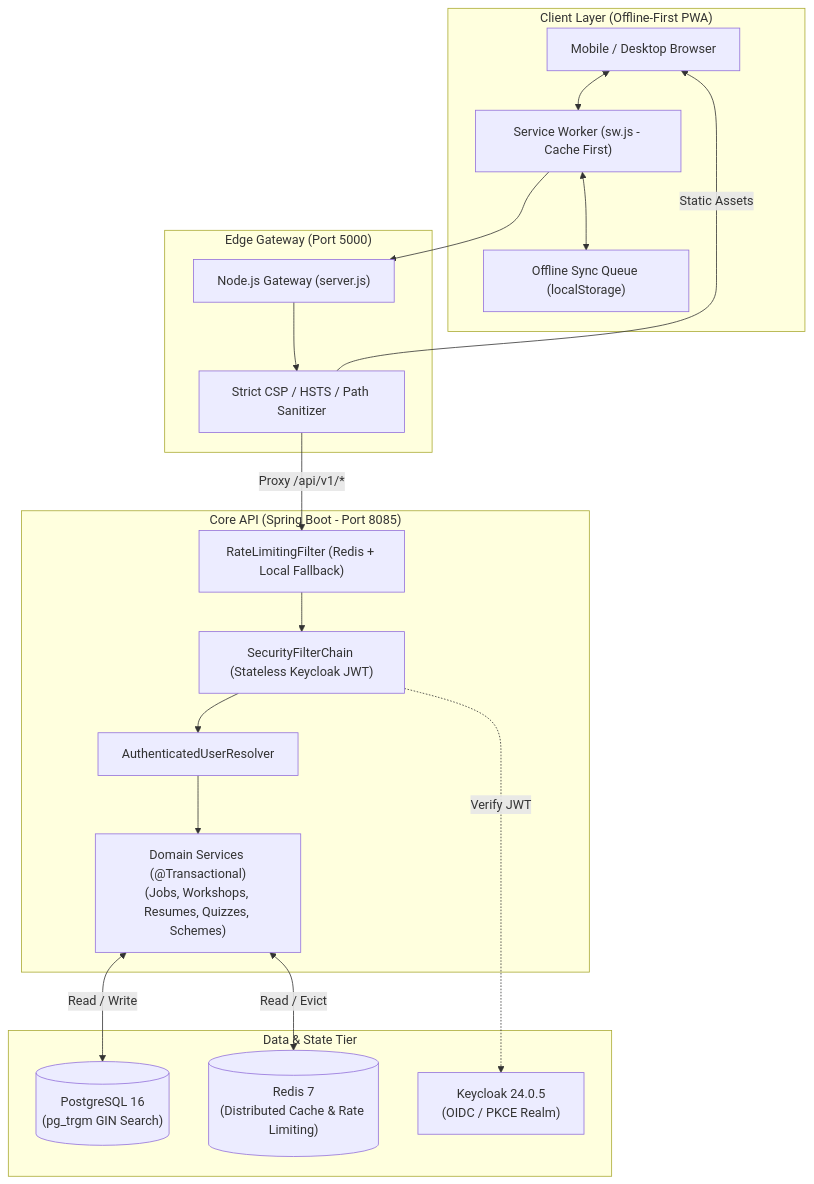
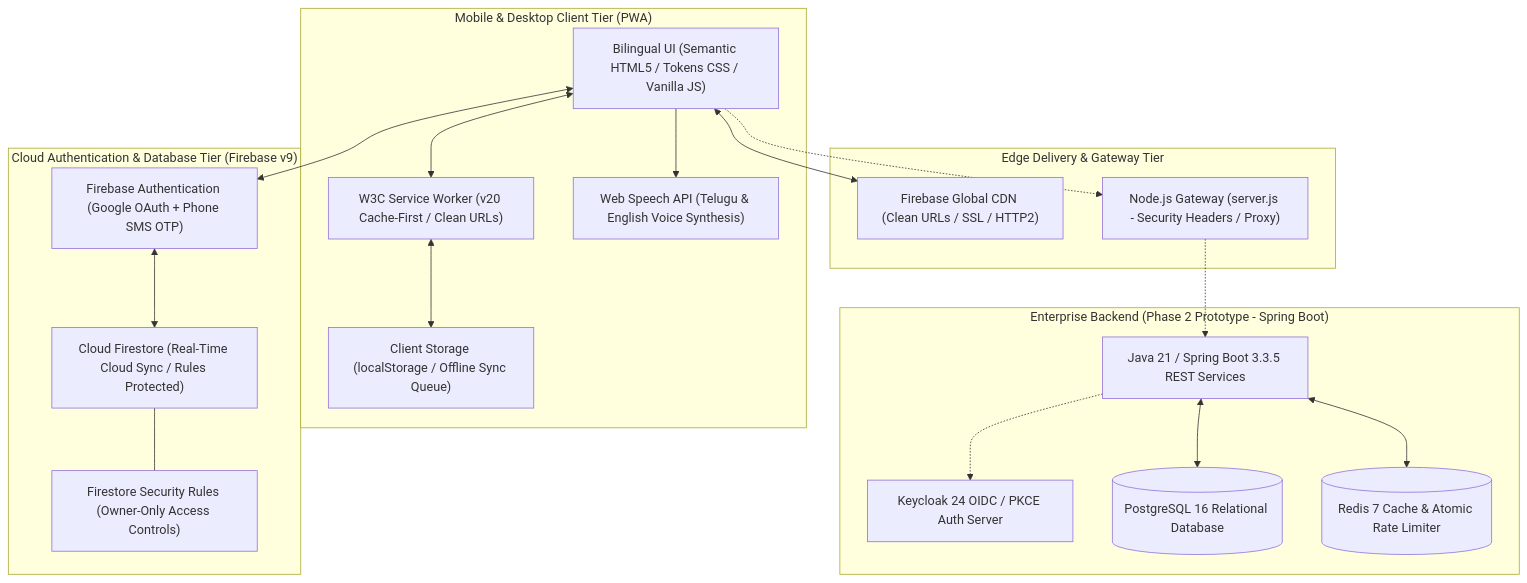
One commit to yogeshkamisetty/Gramin_Career_Setu changed the diagram in README.md. Above: the diagram before and after it, drawn with Mermaid. The commit also changed other lines of this file and 49 other files, not shown here.

Commit message:
feat: mobile profile & dashboard access, career categories & engineering roadmaps, professional README

````diff
--- a/README.md
+++ b/README.md
@@ -36,40 +32,40 @@
 ```mermaid
 flowchart TD
-    subgraph Client["Client Layer (Offline-First PWA)"]
-        Browser["Mobile / Desktop Browser"]
-        SW["Service Worker (sw.js - Cache First)"]
-        OfflineQueue["Offline Sync Queue (localStorage)"]
+    subgraph Client["Mobile & Desktop Client Tier (PWA)"]
+        UI["Bilingual UI (Semantic HTML5 / Tokens CSS / Vanilla JS)"]
+        SW["W3C Service Worker (v20 Cache-First / Clean URLs)"]
+        Storage["Client Storage (localStorage / Offline Sync Queue)"]
+        TTS["Web Speech API (Telugu & English Voice Synthesis)"]
     end
 
-    subgraph Edge["Edge Gateway (Port 5000)"]
-        Gateway["Node.js Gateway (server.js)"]
-        SecurityHeaders["Strict CSP / HSTS / Path Sanitizer"]
+    subgraph CloudAuth["Cloud Authentication & Database Tier (Firebase v9)"]
+        FBAuth["Firebase Authentication (Google OAuth + Phone SMS OTP)"]
+        Firestore["Cloud Firestore (Real-Time Cloud Sync / Rules Protected)"]
+        SecurityRules["Firestore Security Rules (Owner-Only Access Controls)"]
     end
 
-    subgraph Backend["Core API (Spring Boot - Port 8085)"]
-        RateLimiter["RateLimitingFilter (Redis + Local Fallback)"]
-        Security["SecurityFilterChain (Stateless Keycloak JWT)"]
-        UserResolver["AuthenticatedUserResolver"]
-        Services["Domain Services (@Transactional)\n(Jobs, Workshops, Resumes, Quizzes, Schemes)"]
+    subgraph Edge["Edge Delivery & Gateway Tier"]
+        Hosting["Firebase Global CDN (Clean URLs / SSL / HTTP2)"]
+        NodeServer["Node.js Gateway (server.js - Security Headers / Proxy)"]
     end
 
-    subgraph Persistence["Data & State Tier"]
-        Postgres[("PostgreSQL 16\n(pg_trgm GIN Search)")]
-        Redis[("Redis 7\n(Distributed Cache & Rate Limiting)")]
-        Keycloak["Keycloak 24.0.5\n(OIDC / PKCE Realm)"]
+    subgraph Backend["Enterprise Backend (Phase 2 Prototype - Spring Boot)"]
+        SpringAPI["Java 21 / Spring Boot 3.3.5 REST Services"]
+        Keycloak["Keycloak 24 OIDC / PKCE Auth Server"]
+        Postgres[("PostgreSQL 16 Relational Database")]
+        Redis[("Redis 7 Cache & Atomic Rate Limiter")]
     end
 
-    Browser <--> SW
-    SW <--> OfflineQueue
-    SW --> Gateway
-    Gateway --> SecurityHeaders
-    SecurityHeaders -->|Static Assets| Browser
-    SecurityHeaders -->|Proxy /api/v1/*| RateLimiter
-
-    RateLimiter --> Security
-    Security -.->|Verify JWT| Keycloak
-    Security --> UserResolver
-    UserResolver --> Services
-    Services <-->|Read / Evict| Redis
-    Services <-->|Read / Write| Postgres
+    UI <--> SW
+    SW <--> Storage
+    UI --> TTS
+    UI <--> Hosting
+    UI <--> FBAuth
+    FBAuth <--> Firestore
+    Firestore --- SecurityRules
+    UI -.-> NodeServer
+    NodeServer -.-> SpringAPI
+    SpringAPI -.-> Keycloak
+    SpringAPI <--> Postgres
+    SpringAPI <--> Redis
 ```
````
